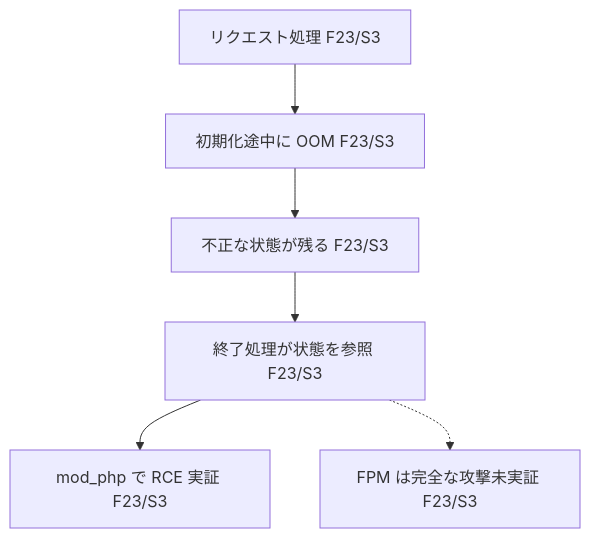
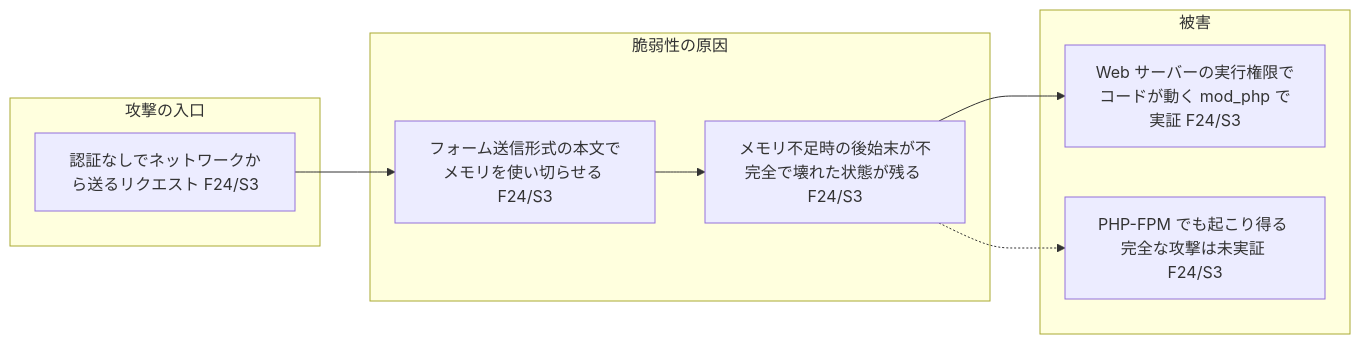
One commit to hidetzu/vulnograph changed the first of 2 diagrams in examples/CVE-2026-109618/report.md. Above: the diagram before and after it, drawn with Mermaid. The commit also changed other lines of this file and 5 other files, not shown here.

Commit message:
feat(skill): add beginner overview diagram and verify sample citations

````diff
--- a/examples/CVE-2026-109618/report.md
+++ b/examples/CVE-2026-109618/report.md
@@ -17,8 +15,18 @@
 ```mermaid
-flowchart TD
-  A["リクエスト処理 F23/S3"] --> B["初期化途中に OOM F23/S3"]
-  B --> C["不正な状態が残る F23/S3"]
-  C --> D["終了処理が状態を参照 F23/S3"]
-  D --> E["mod_php で RCE 実証 F23/S3"]
-  D -.-> F["FPM は完全な攻撃未実証 F23/S3"]
+flowchart LR
+  subgraph IN["攻撃の入口"]
+    A["認証なしでネットワークから送るリクエスト F24/S3"]
+  end
+  subgraph CAUSE["脆弱性の原因"]
+    B["フォーム送信形式の本文でメモリを使い切らせる F24/S3"]
+    C["メモリ不足時の後始末が不完全で壊れた状態が残る F24/S3"]
+  end
+  subgraph HARM["被害"]
+    D["Web サーバーの実行権限でコードが動く mod_php で実証 F24/S3"]
+    E["PHP-FPM でも起こり得る 完全な攻撃は未実証 F24/S3"]
+  end
+  A --> B
+  B --> C
+  C --> D
+  C -.-> E
 ```
````
